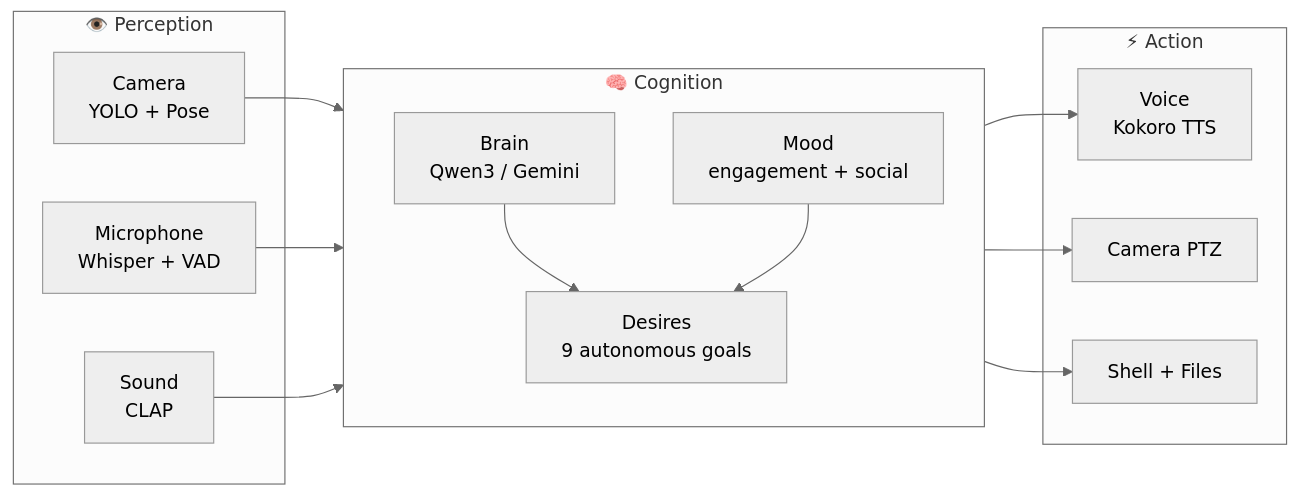
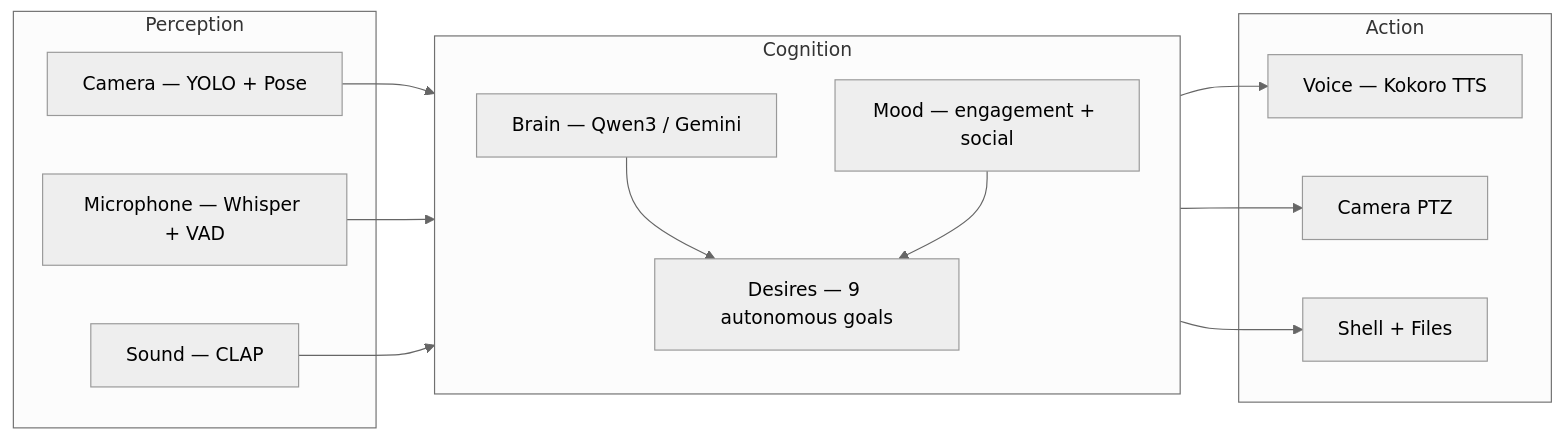
Before and after one commit to gabrielmaialva33/enton: the first of 2 diagrams in README.md, drawn with Mermaid. The commit also changed other lines of this file and 1 other file, not shown here.

````diff
--- a/README.md
+++ b/README.md
@@ -28,31 +36,31 @@
 ```mermaid
 %%{init: {'theme': 'neutral'}}%%
 flowchart LR
-    subgraph Perception["👁️ Perception"]
-        CAM[Camera<br/>YOLO + Pose]
-        MIC[Microphone<br/>Whisper + VAD]
-        SND[Sound<br/>CLAP]
+    subgraph Perception["Perception"]
+        CAM[Camera — YOLO + Pose]
+        MIC[Microphone — Whisper + VAD]
+        SND[Sound — CLAP]
     end
 
-    subgraph Cognition["🧠 Cognition"]
+    subgraph Cognition["Cognition"]
         direction TB
-        BRAIN[Brain<br/>Qwen3 / Gemini]
-        DESIRE[Desires<br/>9 autonomous goals]
-        MOOD[Mood<br/>engagement + social]
+        BRAIN[Brain — Qwen3 / Gemini]
+        DESIRE[Desires — 9 autonomous goals]
+        MOOD[Mood — engagement + social]
         BRAIN --> DESIRE
         MOOD --> DESIRE
     end
 
-    subgraph Action["⚡ Action"]
-        VOICE[Voice<br/>Kokoro TTS]
+    subgraph Action["Action"]
+        VOICE[Voice — Kokoro TTS]
         PTZ[Camera PTZ]
         TOOLS[Shell + Files]
     end
 
     CAM --> Cognition
     MIC --> Cognition
     SND --> Cognition
     Cognition --> VOICE
     Cognition --> PTZ
     Cognition --> TOOLS
 ```
````
